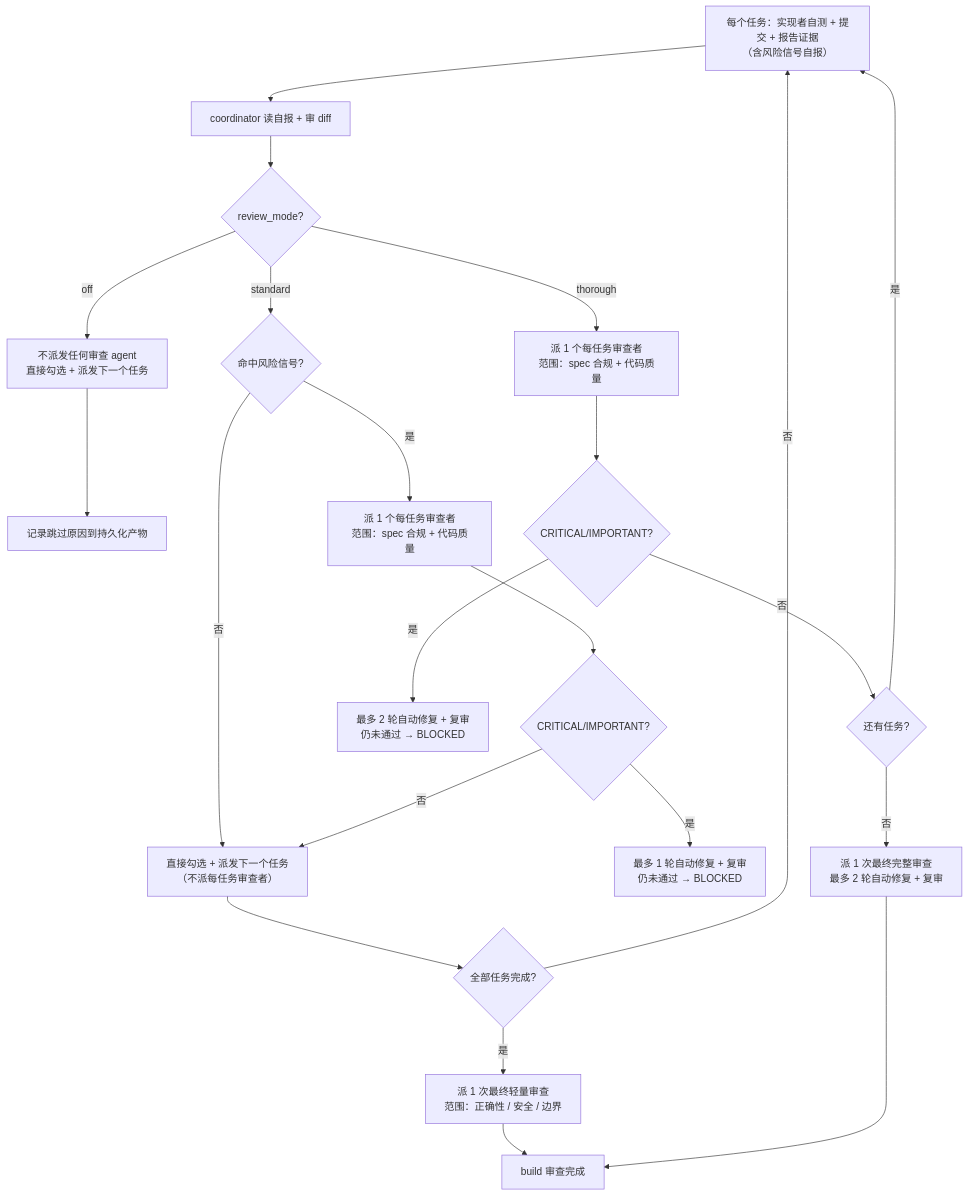
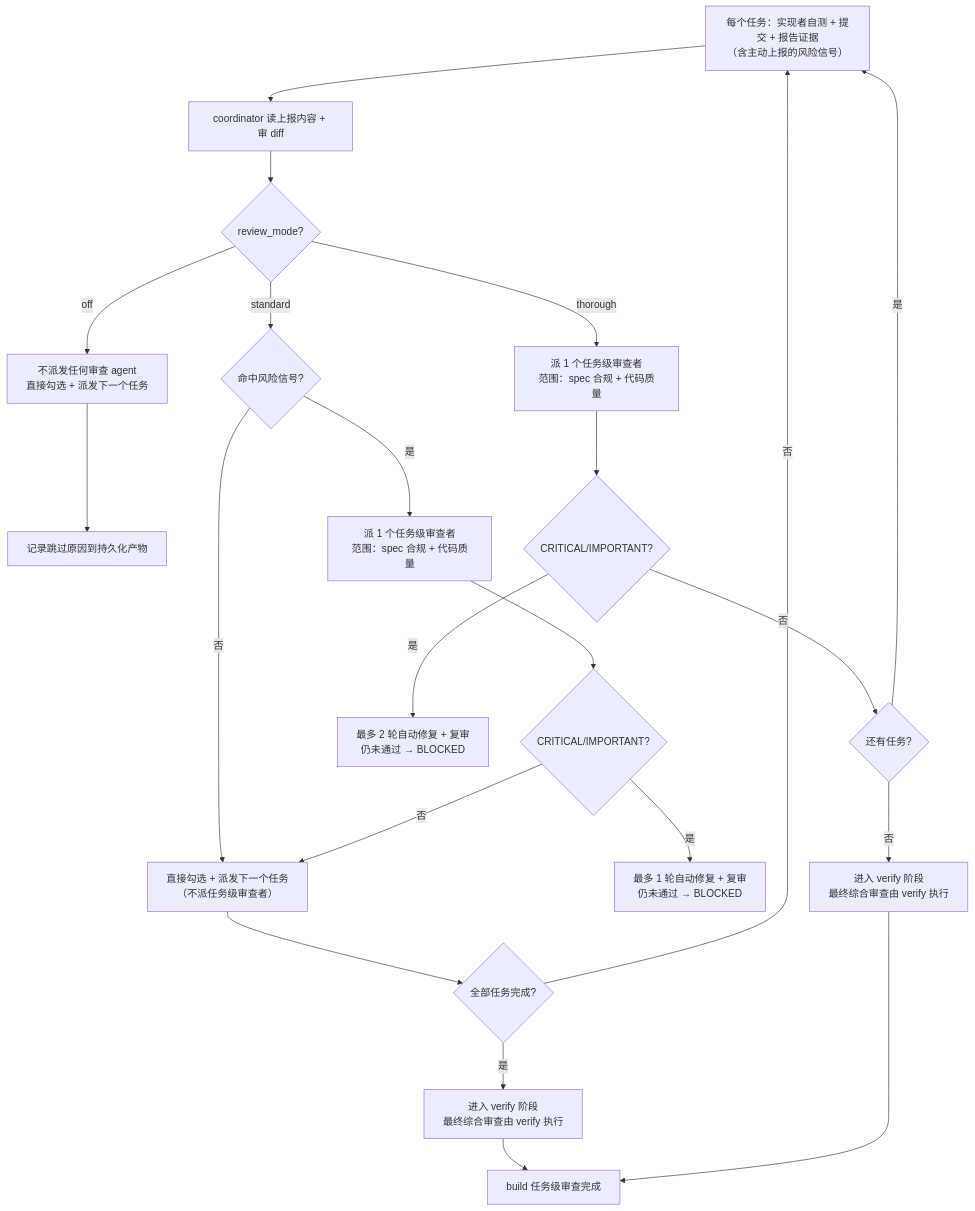
Before and after one commit to rpamis/comet-website-docs: the diagram in zh/concepts/review-mode.mdx, drawn with Mermaid. The commit also changed other lines of this file and 74 other files, not shown here.

````diff
--- a/zh/concepts/review-mode.mdx
+++ b/zh/concepts/review-mode.mdx
@@ -83,27 +83,27 @@
 ```mermaid
 flowchart TD
-    Start["每个任务：实现者自测 + 提交 + 报告证据<br/>（含风险信号自报）"] --> Coord["coordinator 读自报 + 审 diff"]
+    Start["每个任务：实现者自测 + 提交 + 报告证据<br/>（含主动上报的风险信号）"] --> Coord["coordinator 读上报内容 + 审 diff"]
     Coord --> Q{"review_mode?"}
 
     Q -->|off| OFF["不派发任何审查 agent<br/>直接勾选 + 派发下一个任务"]
     OFF --> OFFR["记录跳过原因到持久化产物"]
 
     Q -->|standard| STRISK{"命中风险信号?"}
-    STRISK -->|否| STSKIP["直接勾选 + 派发下一个任务<br/>（不派每任务审查者）"]
-    STRISK -->|是| STRV["派 1 个每任务审查者<br/>范围：spec 合规 + 代码质量"]
+    STRISK -->|否| STSKIP["直接勾选 + 派发下一个任务<br/>（不派任务级审查者）"]
+    STRISK -->|是| STRV["派 1 个任务级审查者<br/>范围：spec 合规 + 代码质量"]
     STRV --> STFX{"CRITICAL/IMPORTANT?"}
     STFX -->|是| STFIX["最多 1 轮自动修复 + 复审<br/>仍未通过 → BLOCKED"]
     STFX -->|否| STSKIP
     STSKIP --> STFIN{"全部任务完成?"}
     STFIN -->|否| Start
-    STFIN -->|是| STFINAL["派 1 次最终轻量审查<br/>范围：正确性 / 安全 / 边界"]
+    STFIN -->|是| STFINAL["进入 verify 阶段<br/>最终综合审查由 verify 执行"]
     STFINAL --> DONE
 
-    Q -->|thorough| THRV["派 1 个每任务审查者<br/>范围：spec 合规 + 代码质量"]
+    Q -->|thorough| THRV["派 1 个任务级审查者<br/>范围：spec 合规 + 代码质量"]
     THRV --> THFX{"CRITICAL/IMPORTANT?"}
     THFX -->|是| THFIX["最多 2 轮自动修复 + 复审<br/>仍未通过 → BLOCKED"]
     THFX -->|否| THNEXT{"还有任务?"}
     THNEXT -->|是| Start
-    THNEXT -->|否| THFINAL["派 1 次最终完整审查<br/>最多 2 轮自动修复 + 复审"]
-    THFINAL --> DONE["build 审查完成"]
+    THNEXT -->|否| THFINAL["进入 verify 阶段<br/>最终综合审查由 verify 执行"]
+    THFINAL --> DONE["build 任务级审查完成"]
 ```
````
